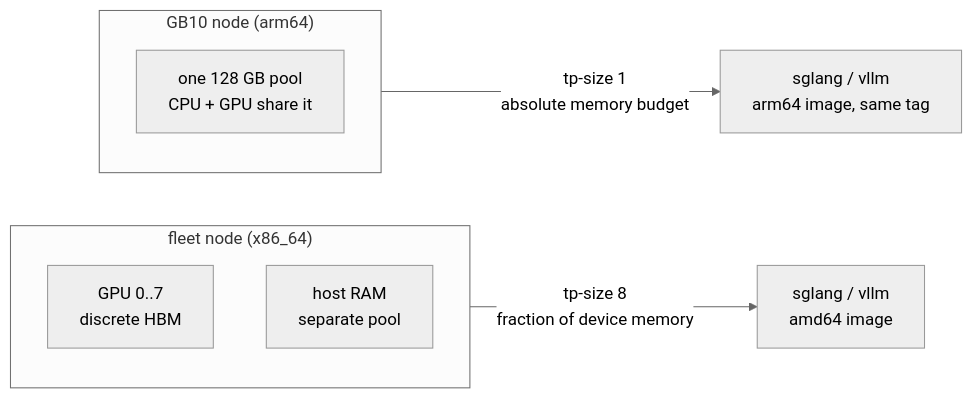
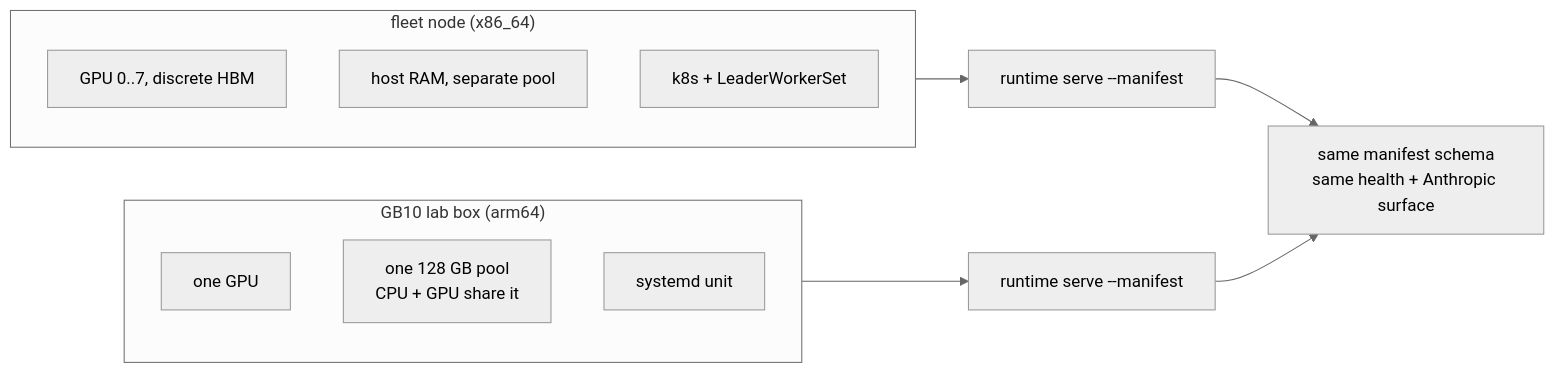
One commit to latere-ai/llmops changed the diagram in specs/019-gb10-serving-target.md. Above: the diagram before and after it, drawn with Mermaid (neutral theme). The commit also changed other lines of this file and 1 other file, not shown here.

Commit message:
specs: 019 treats the gb10 box as a lab host, not a fleet node

````diff
--- a/specs/019-gb10-serving-target.md
+++ b/specs/019-gb10-serving-target.md
@@ -147,14 +160,19 @@
 ```mermaid
 flowchart LR
   subgraph fleet["fleet node (x86_64)"]
     direction TB
-    G1["GPU 0..7<br/>discrete HBM"]
-    H1["host RAM<br/>separate pool"]
+    F1["GPU 0..7, discrete HBM"]
+    F2["host RAM, separate pool"]
+    F3["k8s + LeaderWorkerSet"]
   end
-  subgraph gb10["GB10 node (arm64)"]
+  subgraph lab["GB10 lab box (arm64)"]
     direction TB
-    U["one 128 GB pool<br/>CPU + GPU share it"]
+    L1["one GPU"]
+    L2["one 128 GB pool<br/>CPU + GPU share it"]
+    L3["systemd unit"]
   end
-  fleet -->|"tp-size 8<br/>fraction of device memory"| A["sglang / vllm<br/>amd64 image"]
-  gb10 -->|"tp-size 1<br/>absolute memory budget"| B["sglang / vllm<br/>arm64 image, same tag"]
+  F3 --> R1["runtime serve --manifest"]
+  L3 --> R2["runtime serve --manifest"]
+  R1 --> E["same manifest schema<br/>same health + Anthropic surface"]
+  R2 --> E
 ```
````
